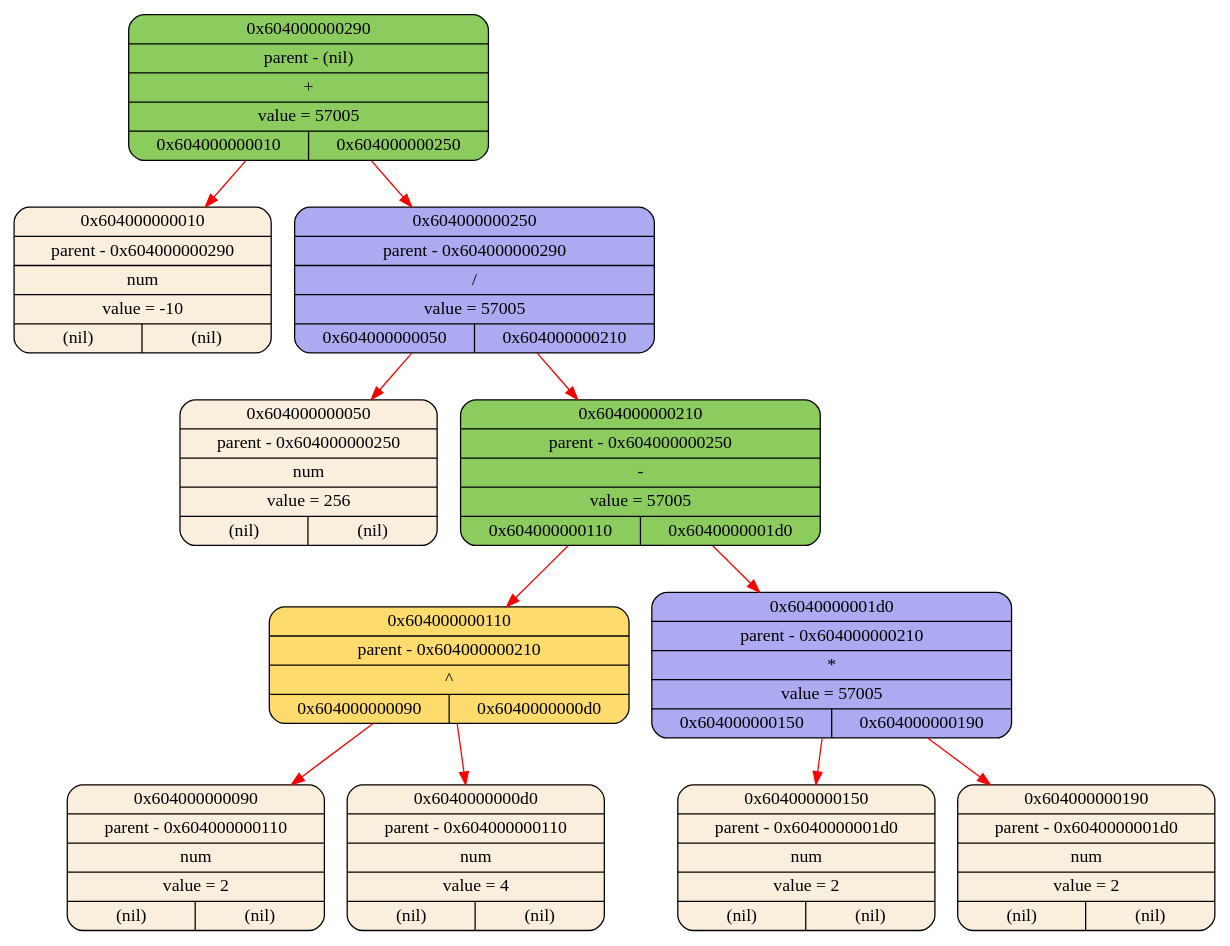
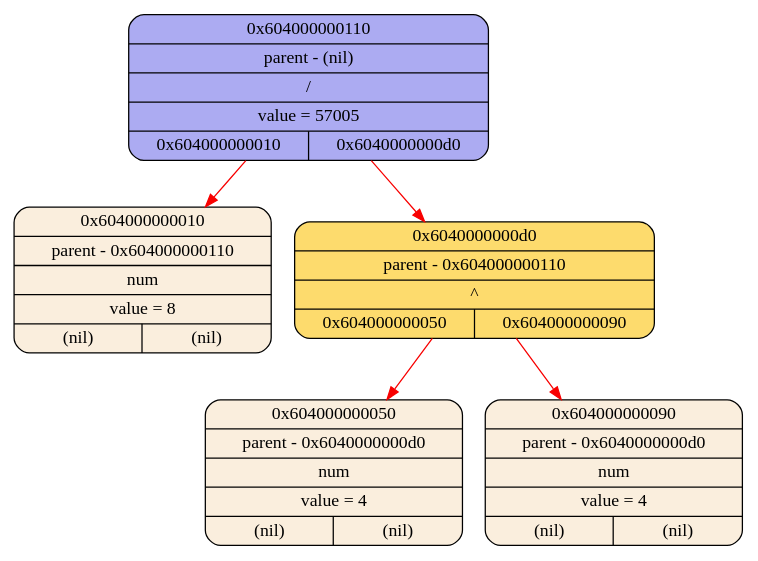
One commit to 2APetrin/differentiator changed the diagram in logs/log_graphviz.dot. Above: the diagram before and after it, drawn with Graphviz. The commit also changed 8 other files, not shown here.

```diff
--- a/logs/log_graphviz.dot
+++ b/logs/log_graphviz.dot
@@ -1,24 +1,12 @@
 digraph
 {
-    node_0x604000000010[shape = Mrecord, label = "{{0x604000000010} | {parent - 0x604000000290} | {num} | {value = -10} | {(nil)|(nil)}}", style = "filled", fillcolor = "#FAEEDD"];
-    node_0x604000000050[shape = Mrecord, label = "{{0x604000000050} | {parent - 0x604000000250} | {num} | {value = 256} | {(nil)|(nil)}}", style = "filled", fillcolor = "#FAEEDD"];
-    node_0x604000000090[shape = Mrecord, label = "{{0x604000000090} | {parent - 0x604000000110} | {num} | {value = 2} | {(nil)|(nil)}}", style = "filled", fillcolor = "#FAEEDD"];
-    node_0x6040000000d0[shape = Mrecord, label = "{{0x6040000000d0} | {parent - 0x604000000110} | {num} | {value = 4} | {(nil)|(nil)}}", style = "filled", fillcolor = "#FAEEDD"];
-    node_0x604000000110[shape = Mrecord, label = "{{0x604000000110} | {parent - 0x604000000210} | {^} | {0x604000000090|0x6040000000d0}}", style = "filled", fillcolor = "#FDDB6D"];
-    node_0x604000000150[shape = Mrecord, label = "{{0x604000000150} | {parent - 0x6040000001d0} | {num} | {value = 2} | {(nil)|(nil)}}", style = "filled", fillcolor = "#FAEEDD"];
-    node_0x604000000190[shape = Mrecord, label = "{{0x604000000190} | {parent - 0x6040000001d0} | {num} | {value = 2} | {(nil)|(nil)}}", style = "filled", fillcolor = "#FAEEDD"];
-    node_0x6040000001d0[shape = Mrecord, label = "{{0x6040000001d0} | {parent - 0x604000000210} | {*} | {value = 57005} | {0x604000000150|0x604000000190}}", style = "filled", fillcolor = "#ACABF2"];
-    node_0x604000000210[shape = Mrecord, label = "{{0x604000000210} | {parent - 0x604000000250} | {-} | {value = 57005} | {0x604000000110|0x6040000001d0}}", style = "filled", fillcolor = "#8CCB5E"];
-    node_0x604000000250[shape = Mrecord, label = "{{0x604000000250} | {parent - 0x604000000290} | {/} | {value = 57005} | {0x604000000050|0x604000000210}}", style = "filled", fillcolor = "#ACABF2"];
-    node_0x604000000290[shape = Mrecord, label = "{{0x604000000290} | {parent - (nil)} | {+} | {value = 57005} | {0x604000000010|0x604000000250}}", style = "filled", fillcolor = "#8CCB5E"];
-    node_0x604000000290->node_0x604000000010 [color = "#F80000"];
-    node_0x604000000290->node_0x604000000250 [color = "#F80000"];
-    node_0x604000000250->node_0x604000000050 [color = "#F80000"];
-    node_0x604000000250->node_0x604000000210 [color = "#F80000"];
-    node_0x604000000210->node_0x604000000110 [color = "#F80000"];
-    node_0x604000000110->node_0x604000000090 [color = "#F80000"];
+    node_0x604000000010[shape = Mrecord, label = "{{0x604000000010} | {parent - 0x604000000110} | {num} | {value = 8} | {(nil)|(nil)}}", style = "filled", fillcolor = "#FAEEDD"];
+    node_0x604000000050[shape = Mrecord, label = "{{0x604000000050} | {parent - 0x6040000000d0} | {num} | {value = 4} | {(nil)|(nil)}}", style = "filled", fillcolor = "#FAEEDD"];
+    node_0x604000000090[shape = Mrecord, label = "{{0x604000000090} | {parent - 0x6040000000d0} | {num} | {value = 4} | {(nil)|(nil)}}", style = "filled", fillcolor = "#FAEEDD"];
+    node_0x6040000000d0[shape = Mrecord, label = "{{0x6040000000d0} | {parent - 0x604000000110} | {^} | {0x604000000050|0x604000000090}}", style = "filled", fillcolor = "#FDDB6D"];
+    node_0x604000000110[shape = Mrecord, label = "{{0x604000000110} | {parent - (nil)} | {/} | {value = 57005} | {0x604000000010|0x6040000000d0}}", style = "filled", fillcolor = "#ACABF2"];
+    node_0x604000000110->node_0x604000000010 [color = "#F80000"];
     node_0x604000000110->node_0x6040000000d0 [color = "#F80000"];
-    node_0x604000000210->node_0x6040000001d0 [color = "#F80000"];
-    node_0x6040000001d0->node_0x604000000150 [color = "#F80000"];
-    node_0x6040000001d0->node_0x604000000190 [color = "#F80000"];
+    node_0x6040000000d0->node_0x604000000050 [color = "#F80000"];
+    node_0x6040000000d0->node_0x604000000090 [color = "#F80000"];
 }
```
